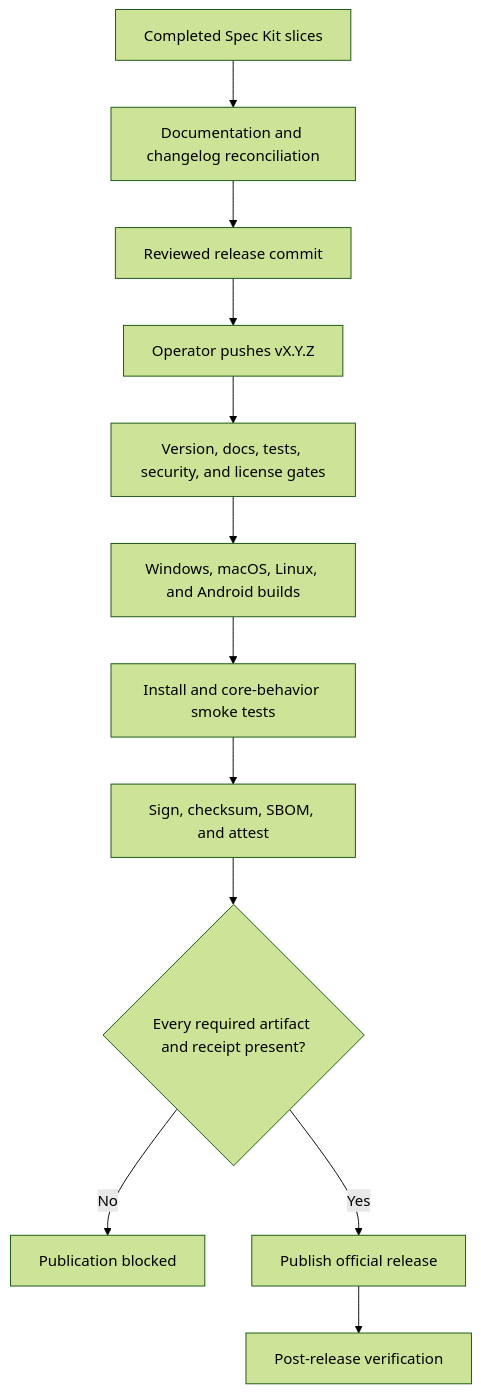
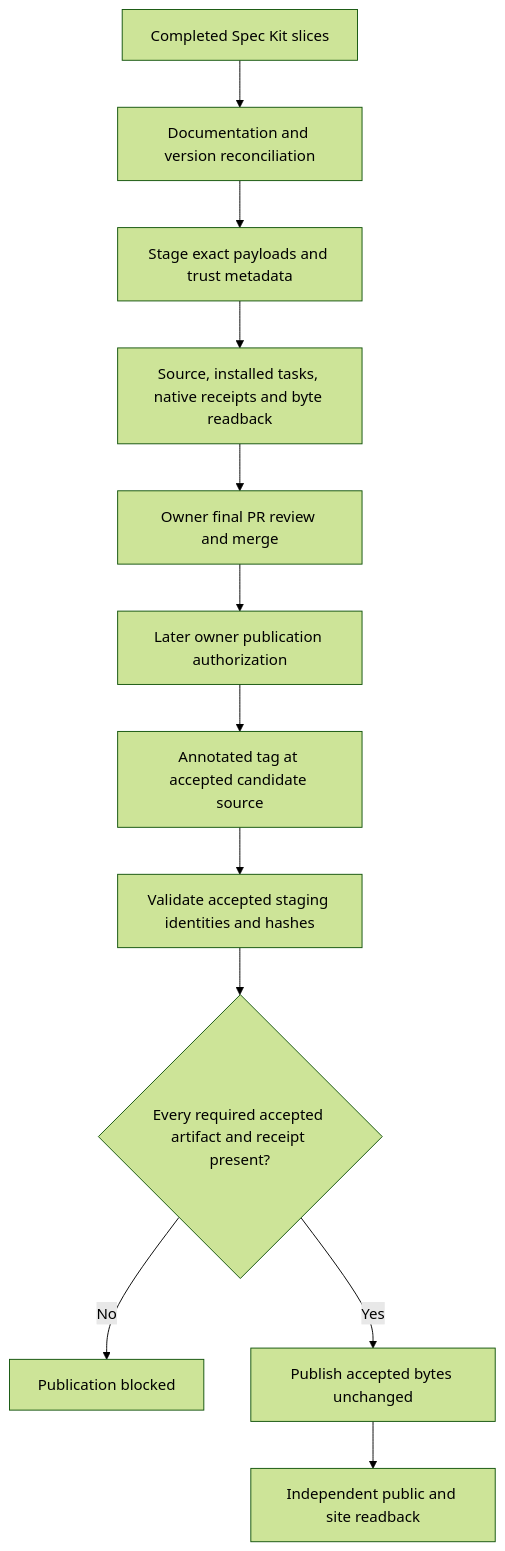
The seventh of 7 diagrams in docs/glitchpad-technical-specification.md (shruggietech/glitchpad), drawn with Mermaid (forest theme) before and after one commit. The commit also changed other lines of this file and 110 other files, not shown here.

First line of the commit message:
S048: prepare v0.2.1 recovery release and immutable staging handoff (#263)

````diff
--- a/docs/glitchpad-technical-specification.md
+++ b/docs/glitchpad-technical-specification.md
@@ -752,14 +765,14 @@
 ```mermaid
 flowchart TB
-  slices["Completed Spec Kit slices"] --> reconcile["Documentation and changelog reconciliation"]
-  reconcile --> commit["Reviewed release commit"]
-  commit --> tag["Operator pushes vX.Y.Z"]
-  tag --> verify["Version, docs, tests, security, and license gates"]
-  verify --> builds["Windows, macOS, Linux, and Android builds"]
-  builds --> smoke["Install and core-behavior smoke tests"]
-  smoke --> supply["Sign, checksum, SBOM, and attest"]
-  supply --> publish{"Every required artifact and receipt present?"}
-  publish -->|No| blocked["Publication blocked"]
-  publish -->|Yes| release["Publish official release"]
-  release --> post["Post-release verification"]
+  slices["Completed Spec Kit slices"] --> reconcile["Documentation and version reconciliation"]
+  reconcile --> stage["Stage exact payloads and trust metadata"]
+  stage --> qualify["Source, installed tasks, native receipts and byte readback"]
+  qualify --> review["Owner final PR review and merge"]
+  review --> authorize["Later owner publication authorization"]
+  authorize --> tag["Annotated tag at accepted candidate source"]
+  tag --> verify["Validate accepted staging identities and hashes"]
+  verify --> gate{"Every required accepted artifact and receipt present?"}
+  gate -->|No| blocked["Publication blocked"]
+  gate -->|Yes| publish["Publish accepted bytes unchanged"]
+  publish --> readback["Independent public and site readback"]
 ```
````
